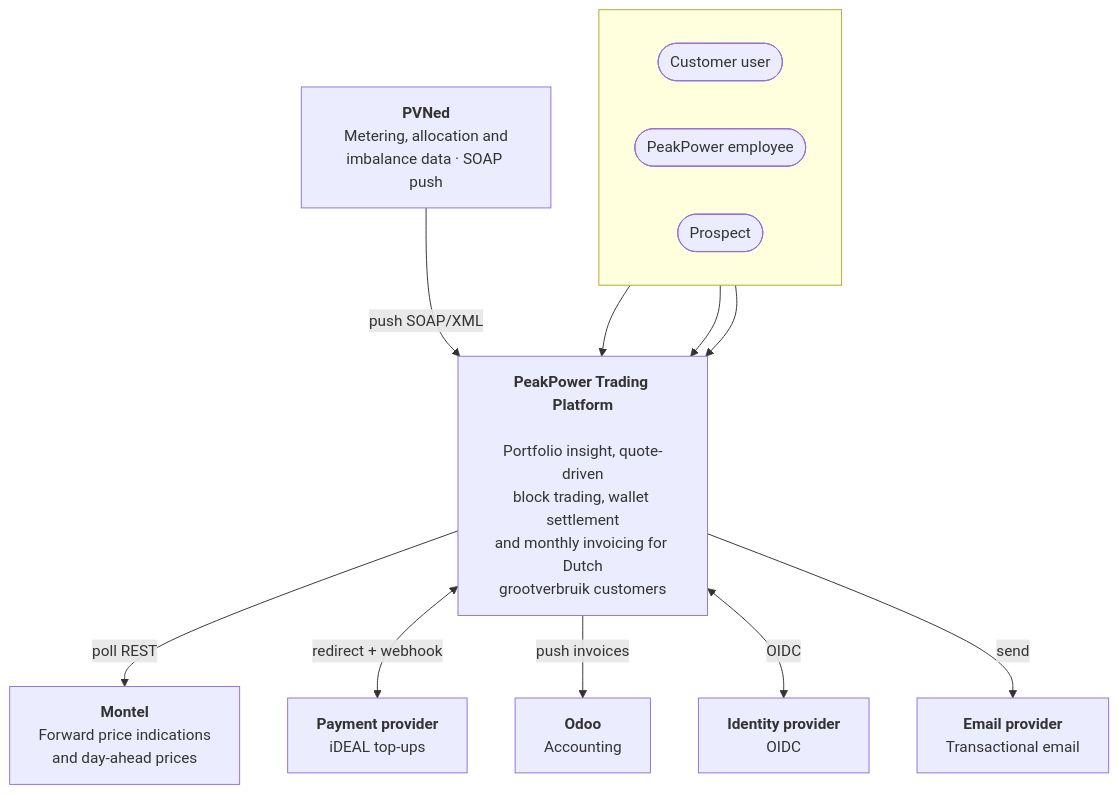
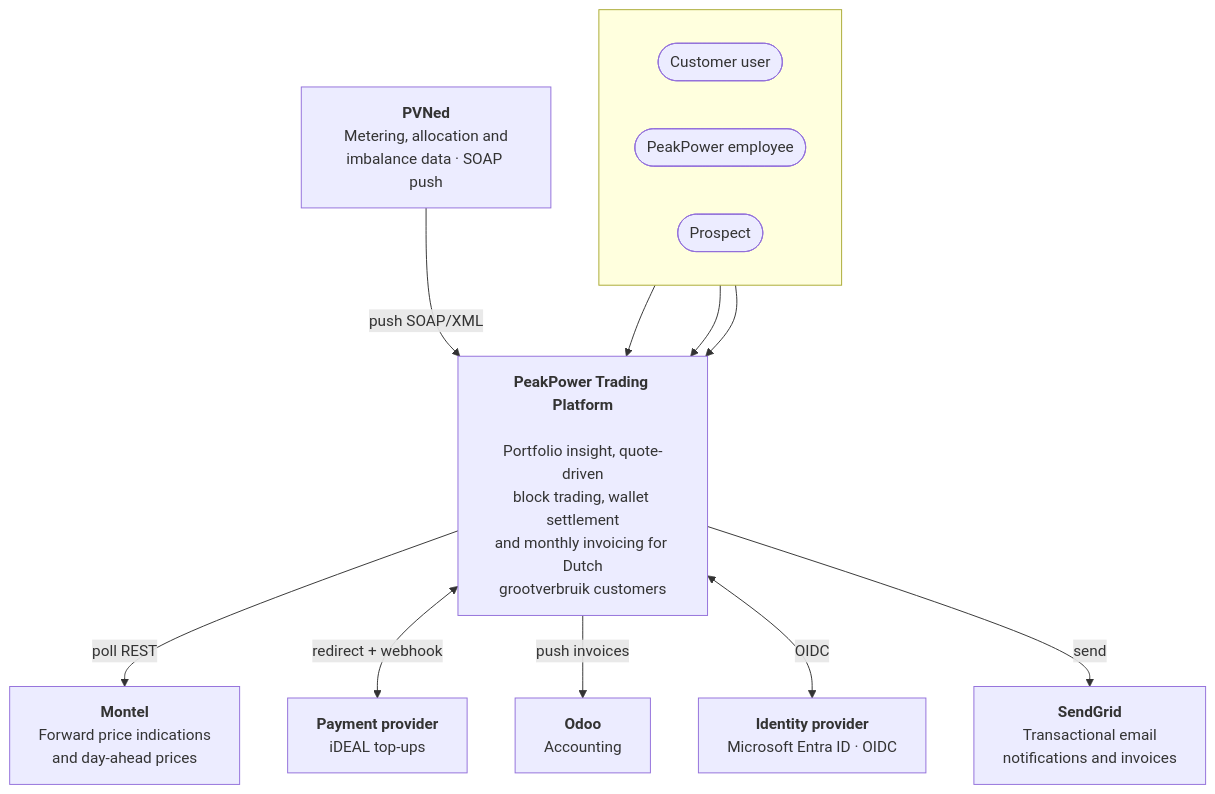
Before and after one commit to lukastosic-ifd/peakpowerspecs: the first of 3 diagrams in specs/20-architecture/01-architecture-overview.md, drawn with Mermaid. The commit also changed other lines of this file and 43 other files, not shown here.

````diff
--- a/specs/20-architecture/01-architecture-overview.md
+++ b/specs/20-architecture/01-architecture-overview.md
@@ -20,29 +26,29 @@
 ```mermaid
 flowchart TB
     subgraph people[" "]
         direction LR
         CU(["Customer user"])
         EMP(["PeakPower employee"])
         VIS(["Prospect"])
     end
 
     PP["<b>PeakPower Trading Platform</b><br/><br/>Portfolio insight, quote-driven<br/>block trading, wallet settlement<br/>and monthly invoicing for Dutch<br/>grootverbruik customers"]
 
     PVNED["<b>PVNed</b><br/>Metering, allocation and<br/>imbalance data · SOAP push"]
     MONTEL["<b>Montel</b><br/>Forward price indications<br/>and day-ahead prices"]
     PSP["<b>Payment provider</b><br/>iDEAL top-ups"]
     ODOO["<b>Odoo</b><br/>Accounting"]
-    IDP["<b>Identity provider</b><br/>OIDC"]
-    MAIL["<b>Email provider</b><br/>Transactional email"]
+    IDP["<b>Identity provider</b><br/>Microsoft Entra ID · OIDC"]
+    MAIL["<b>SendGrid</b><br/>Transactional email<br/>notifications and invoices"]
 
     CU --> PP
     EMP --> PP
     VIS --> PP
 
     PVNED -->|"push SOAP/XML"| PP
     PP -->|"poll REST"| MONTEL
     PP <-->|"redirect + webhook"| PSP
     PP -->|"push invoices"| ODOO
     PP <-->|"OIDC"| IDP
     PP -->|"send"| MAIL
 ```
````
